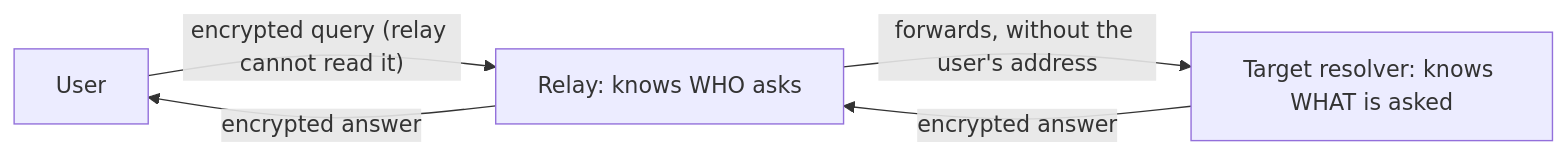
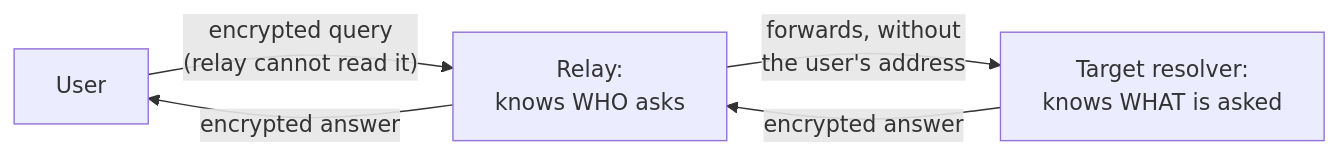
Diagram 37 of 41 in EDA387-Computer-Networks/02-DNS.md (FahimMashroor/Chalmers_CSC), drawn with Mermaid before and after one commit. The commit also changed other lines of this file, not shown here.

Commit message:
Rewrite 02 DNS in simple language with examples and diagrams

````diff
--- a/EDA387-Computer-Networks/02-DNS.md
+++ b/EDA387-Computer-Networks/02-DNS.md
@@ -1056,7 +1467,7 @@
 ```mermaid
 flowchart LR
-  U["User"] -->|"encrypted query (relay cannot read it)"| P["Relay: knows WHO asks"]
-  P -->|"forwards, without the user's address"| T["Target resolver: knows WHAT is asked"]
+  U["User"] -->|"encrypted query<br/>(relay cannot read it)"| P["Relay:<br/>knows WHO asks"]
+  P -->|"forwards, without<br/>the user's address"| T["Target resolver:<br/>knows WHAT is asked"]
   T -->|"encrypted answer"| P
   P -->|"encrypted answer"| U
 ```
````
